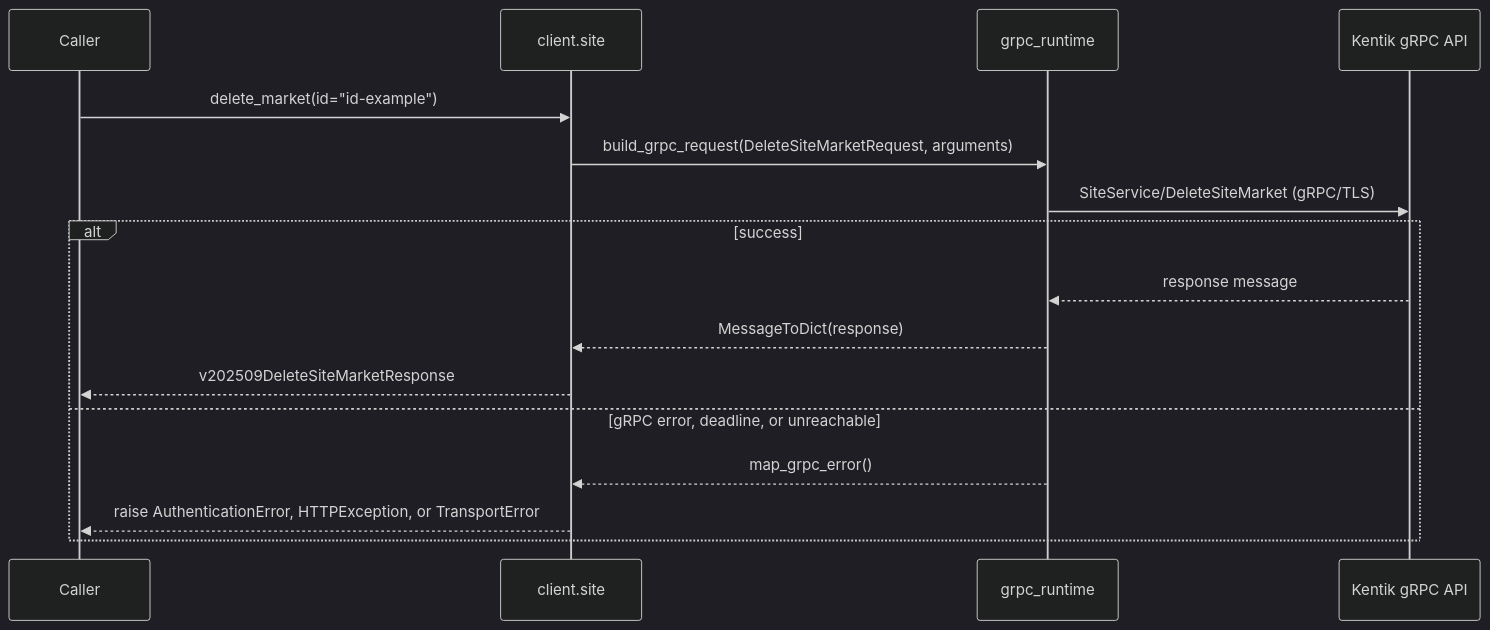
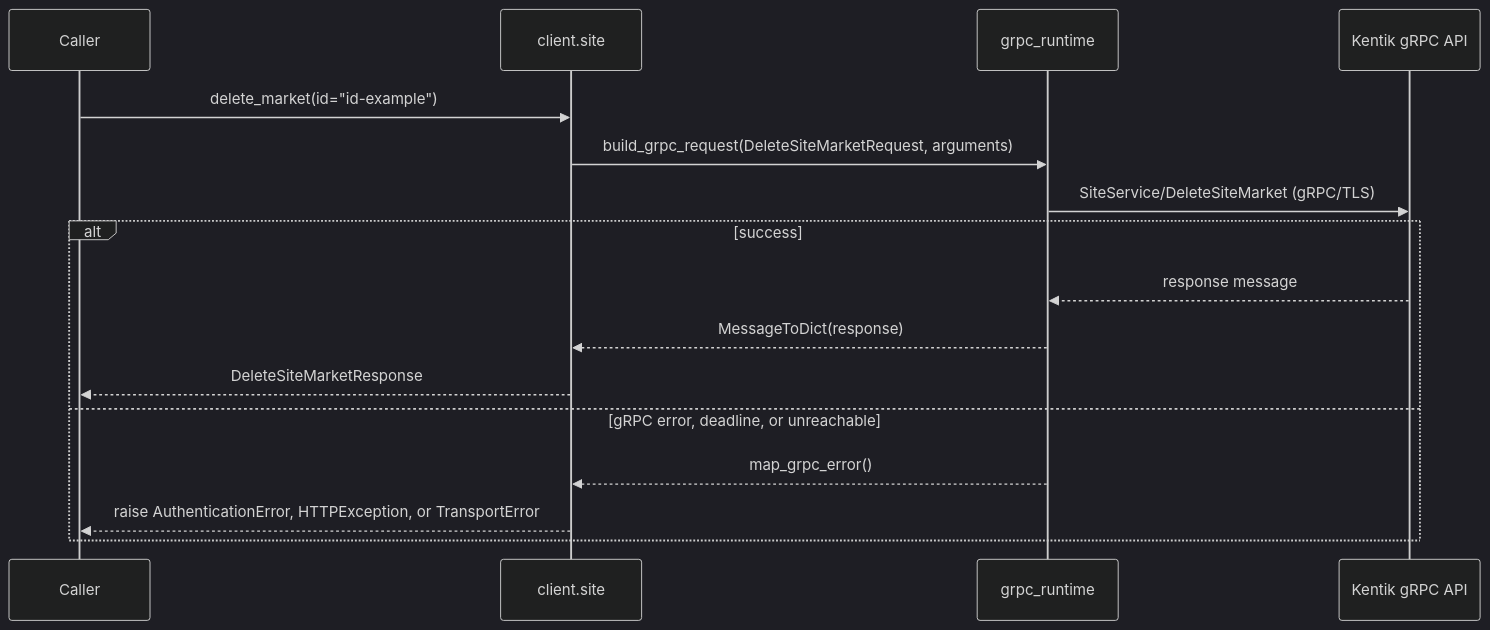
One commit to alexdearaujo/community_sdk_python changed diagram 11 of 22 in docs/sphinx/services/site.md. Above: the diagram before and after it, drawn with Mermaid (dark theme). The commit also changed other lines of this file and 38 other files, not shown here.

````diff
--- a/docs/sphinx/services/site.md
+++ b/docs/sphinx/services/site.md
@@ -357,19 +357,19 @@
 ```mermaid
 sequenceDiagram
     participant C as Caller
     participant W as client.site
     participant R as grpc_runtime
     participant API as Kentik gRPC API
 
     C->>W: delete_market(id="id-example")
     W->>R: build_grpc_request(DeleteSiteMarketRequest, arguments)
     R->>API: SiteService/DeleteSiteMarket (gRPC/TLS)
     alt success
         API-->>R: response message
         R-->>W: MessageToDict(response)
-        W-->>C: v202509DeleteSiteMarketResponse
+        W-->>C: DeleteSiteMarketResponse
     else gRPC error, deadline, or unreachable
         R-->>W: map_grpc_error()
         W-->>C: raise AuthenticationError, HTTPException, or TransportError
     end
 ```
````
